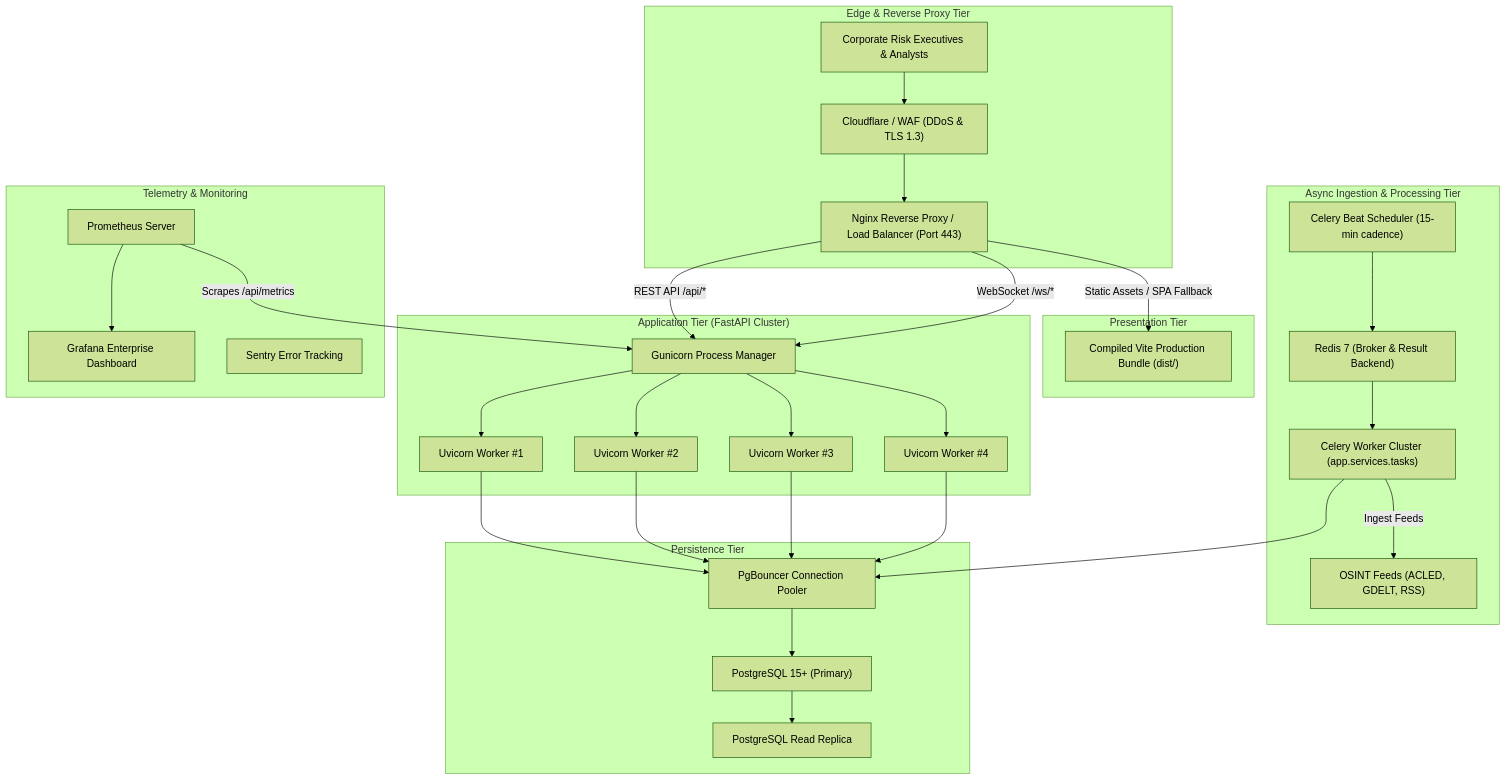
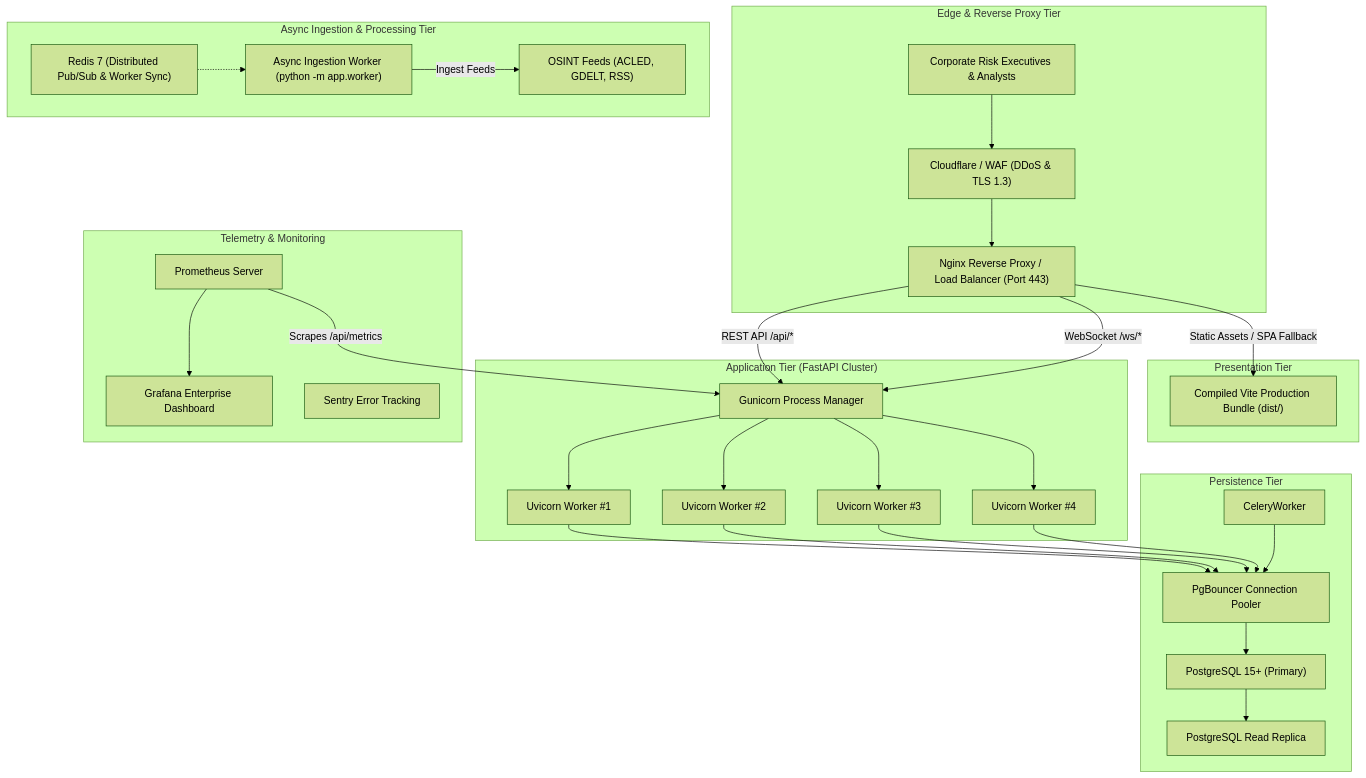
One commit to praneeet/geosentinel-ai changed the diagram in PRODUCTION_DEPLOYMENT.md. Above: the diagram before and after it, drawn with Mermaid (forest theme). The commit also changed other lines of this file and 27 other files, not shown here.

````diff
--- a/PRODUCTION_DEPLOYMENT.md
+++ b/PRODUCTION_DEPLOYMENT.md
@@ -10,40 +10,39 @@
 ```mermaid
 flowchart TD
     subgraph Edge ["Edge & Reverse Proxy Tier"]
         Users["Corporate Risk Executives & Analysts"] --> Cloudflare["Cloudflare / WAF (DDoS & TLS 1.3)"]
         Cloudflare --> Nginx["Nginx Reverse Proxy / Load Balancer (Port 443)"]
     end
 
     subgraph Frontend ["Presentation Tier"]
         Nginx -- "Static Assets / SPA Fallback" --> ViteBuild["Compiled Vite Production Bundle (dist/)"]
     end
 
     subgraph API ["Application Tier (FastAPI Cluster)"]
         Nginx -- "REST API /api/*" --> Gunicorn["Gunicorn Process Manager"]
         Nginx -- "WebSocket /ws/*" --> Gunicorn
         Gunicorn --> Worker1["Uvicorn Worker #1"]
         Gunicorn --> Worker2["Uvicorn Worker #2"]
         Gunicorn --> Worker3["Uvicorn Worker #3"]
         Gunicorn --> Worker4["Uvicorn Worker #4"]
     end
 
     subgraph AsyncTier ["Async Ingestion & Processing Tier"]
-        CeleryWorker["Celery Worker Cluster (app.services.tasks)"]
-        CeleryBeat["Celery Beat Scheduler (15-min cadence)"]
-        CeleryBeat --> RedisQueue["Redis 7 (Broker & Result Backend)"]
-        RedisQueue --> CeleryWorker
-        CeleryWorker -- "Ingest Feeds" --> ExternalFeeds["OSINT Feeds (ACLED, GDELT, RSS)"]
+        DedicatedWorker["Async Ingestion Worker (python -m app.worker)"]
+        RedisBus["Redis 7 (Distributed Pub/Sub & Worker Sync)"]
+        RedisBus -.-> DedicatedWorker
+        DedicatedWorker -- "Ingest Feeds" --> ExternalFeeds["OSINT Feeds (ACLED, GDELT, RSS)"]
     end
 
     subgraph Storage ["Persistence Tier"]
         Worker1 & Worker2 & Worker3 & Worker4 & CeleryWorker --> PgBouncer["PgBouncer Connection Pooler"]
         PgBouncer --> Postgres["PostgreSQL 15+ (Primary)"]
         Postgres --> Replica["PostgreSQL Read Replica"]
     end
 
     subgraph Observability ["Telemetry & Monitoring"]
         Prometheus["Prometheus Server"] -- "Scrapes /api/metrics" --> Gunicorn
         Prometheus --> Grafana["Grafana Enterprise Dashboard"]
         Sentry["Sentry Error Tracking"]
     end
 ```
````
